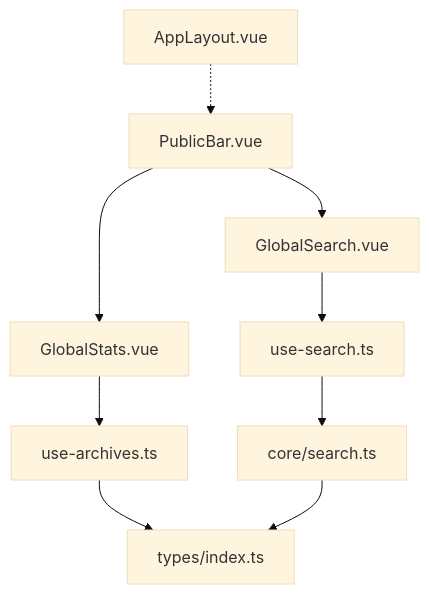
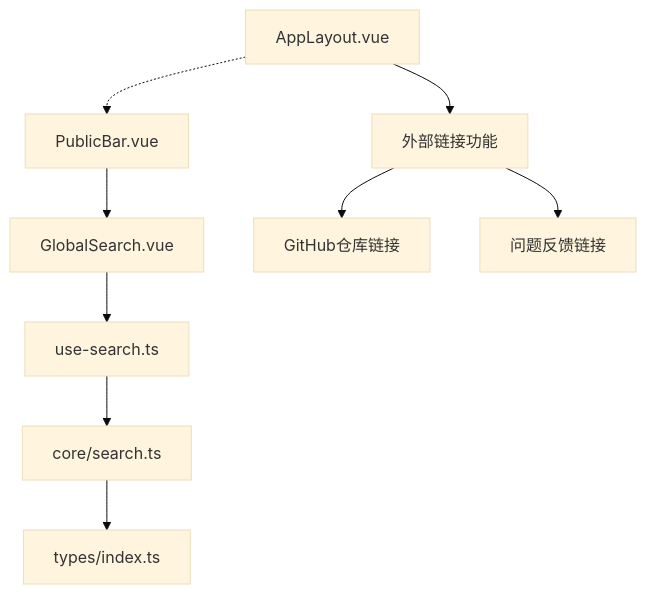
Before and after one commit to taoweidong/Hello-Tauri: the first of 7 diagrams in .qoder/repowiki/zh/content/用户界面/核心组件/公共栏组件.md, drawn with Mermaid (base theme). The commit also changed other lines of this file and 14 other files, not shown here.

````diff
--- a/.qoder/repowiki/zh/content/用户界面/核心组件/公共栏组件.md
+++ b/.qoder/repowiki/zh/content/用户界面/核心组件/公共栏组件.md
@@ -51,11 +49,11 @@
 ```mermaid
 graph TB
-A["PublicBar.vue"] --> B["GlobalStats.vue"]
-A --> C["GlobalSearch.vue"]
-C --> D["use-search.ts"]
-D --> E["core/search.ts"]
-B --> F["use-archives.ts"]
-F --> G["types/index.ts"]
-E --> G
-H["AppLayout.vue"] -.-> A
+A["PublicBar.vue"] --> B["GlobalSearch.vue"]
+B --> C["use-search.ts"]
+C --> D["core/search.ts"]
+D --> E["types/index.ts"]
+F["AppLayout.vue"] -.-> A
+F --> G["外部链接功能"]
+G --> H["GitHub仓库链接"]
+G --> I["问题反馈链接"]
 ```
````
